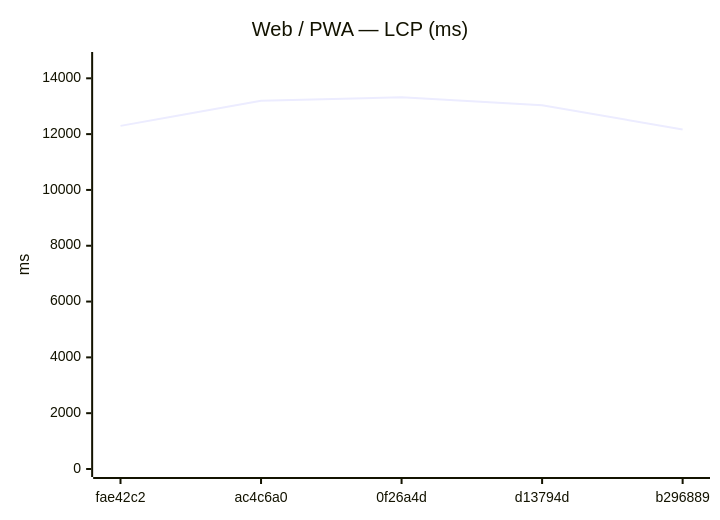
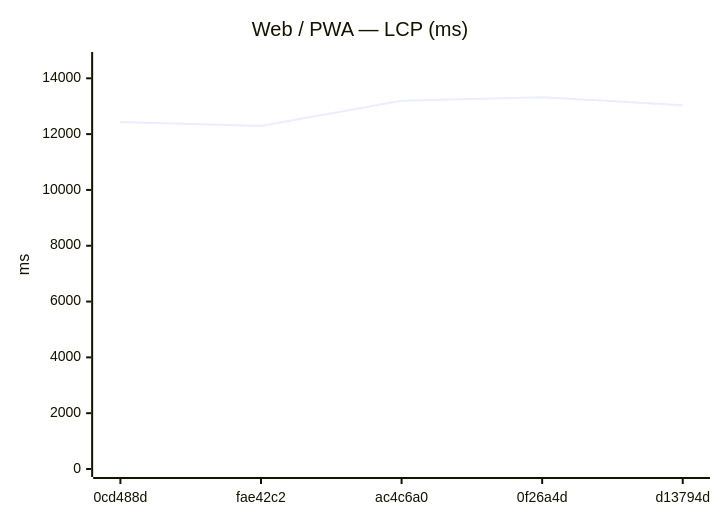
One commit to Metaheurist/Rianell changed the seventh of 18 diagrams in benchmarks/compare.md. Above: the diagram before and after it, drawn with Mermaid. The commit also changed other lines of this file and 11 other files, not shown here.

````diff
--- a/benchmarks/compare.md
+++ b/benchmarks/compare.md
@@ -117,7 +117,7 @@
 ```mermaid
 xychart-beta
     title "Web / PWA — LCP (ms)"
-    x-axis ["fae42c2", "ac4c6a0", "0f26a4d", "d13794d", "b296889"]
+    x-axis ["0cd488d", "fae42c2", "ac4c6a0", "0f26a4d", "d13794d"]
     y-axis "ms" 0 --> 14656
-    line [12295, 13197, 13323, 13038, 12168]
+    line [12430, 12295, 13197, 13323, 13038]
 ```
````
